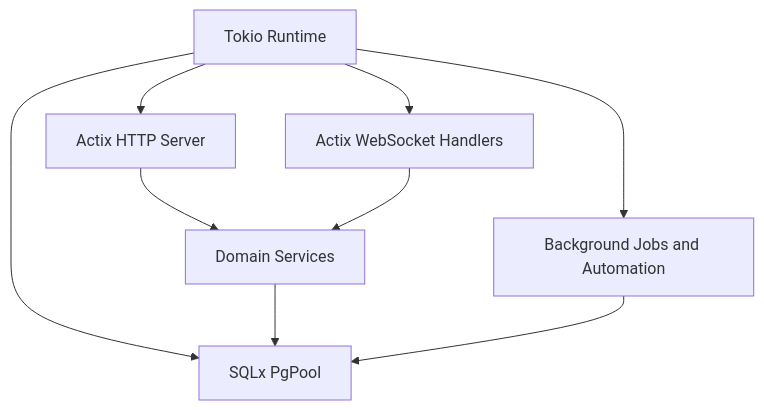
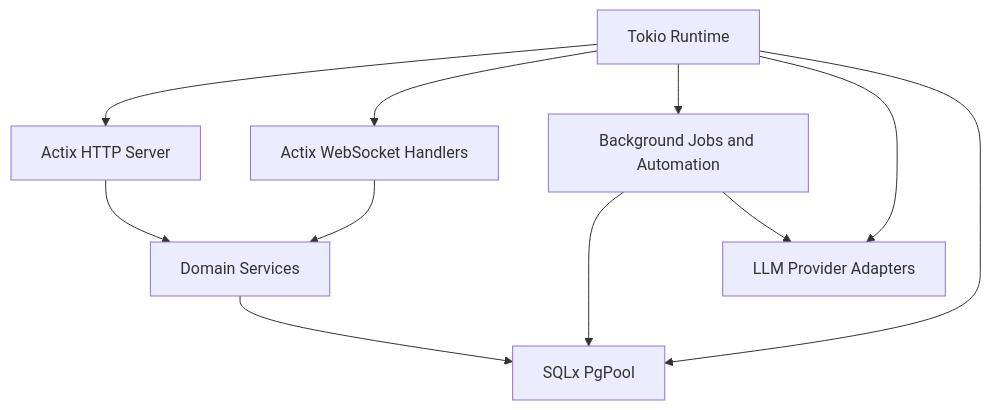
The diagram in docs/spec/architecture/runtime.md (lkjsxc/kjxlkj), drawn with Mermaid before and after one commit. The commit also changed other lines of this file and 118 other files, not shown here.

````diff
--- a/docs/spec/architecture/runtime.md
+++ b/docs/spec/architecture/runtime.md
@@ -7,13 +7,15 @@
 ```mermaid
 graph TD
  RT[Tokio Runtime]
  RT --> HTTP[Actix HTTP Server]
  RT --> WS[Actix WebSocket Handlers]
  RT --> BG[Background Jobs and Automation]
+ RT --> LLM[LLM Provider Adapters]
  RT --> DBPOOL[SQLx PgPool]
 
  HTTP --> CORE[Domain Services]
  WS --> CORE
  CORE --> DBPOOL
  BG --> DBPOOL
+ BG --> LLM
 ```
````
